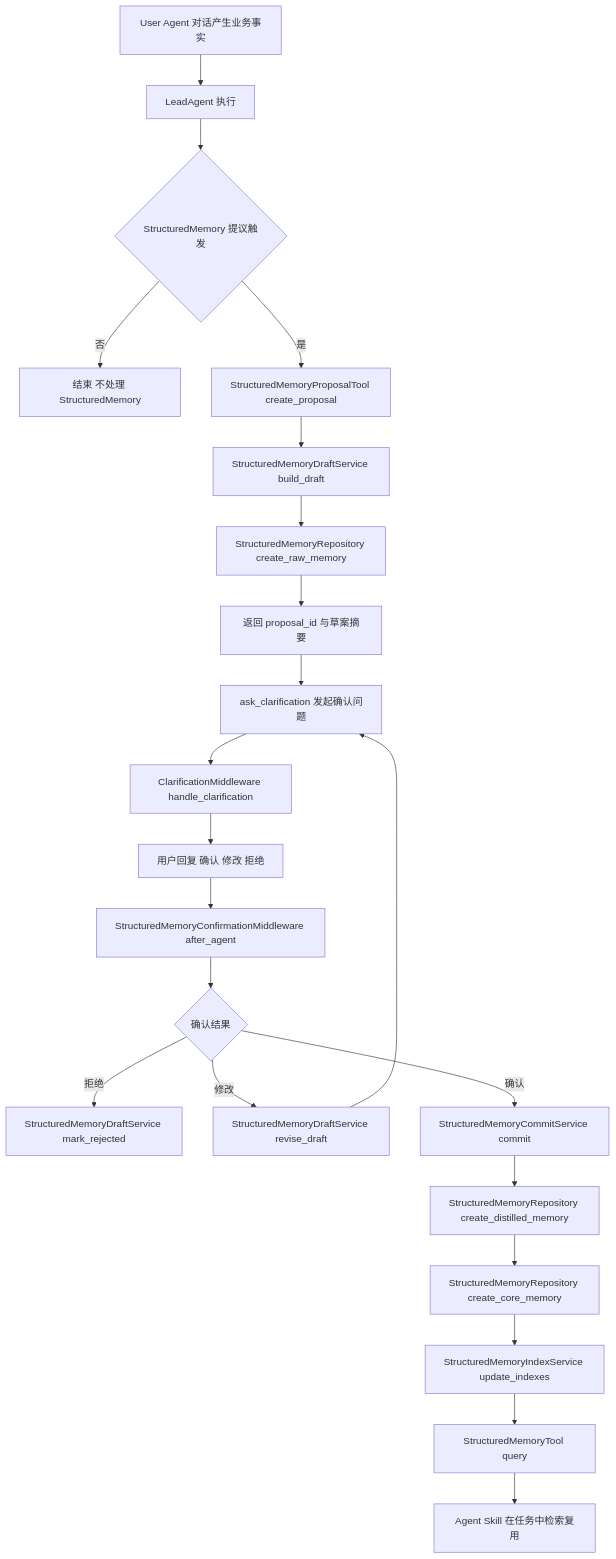
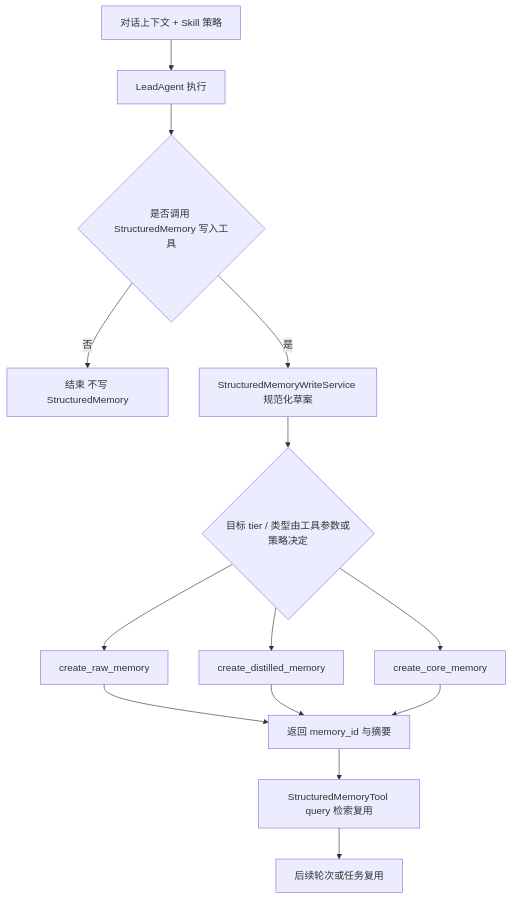
The diagram in docs/plans/2026-04-10-structured-memory-mvp-plan.md (emperzz/data-copilot), drawn with Mermaid before and after one commit. The commit also changed other lines of this file, not shown here.

First line of the commit message:
docs(plans): defer StructuredMemory approval; agent-driven write first

````diff
--- a/docs/plans/2026-04-10-structured-memory-mvp-plan.md
+++ b/docs/plans/2026-04-10-structured-memory-mvp-plan.md
@@ -60,24 +63,16 @@
 ```mermaid
 flowchart TD
-    A["User Agent 对话产生业务事实"] --> B["LeadAgent 执行"]
-    B --> C{"StructuredMemory 提议触发"}
-    C -- 否 --> Z["结束 不处理 StructuredMemory"]
-    C -- 是 --> D["StructuredMemoryProposalTool create_proposal"]
-    D --> E["StructuredMemoryDraftService build_draft"]
-    E --> F["StructuredMemoryRepository create_raw_memory"]
-    F --> G["返回 proposal_id 与草案摘要"]
-    G --> H["ask_clarification 发起确认问题"]
-    H --> I["ClarificationMiddleware handle_clarification"]
-    I --> J["用户回复 确认 修改 拒绝"]
-    J --> K["StructuredMemoryConfirmationMiddleware after_agent"]
-    K --> L{"确认结果"}
-    L -- 拒绝 --> M["StructuredMemoryDraftService mark_rejected"]
-    L -- 修改 --> N["StructuredMemoryDraftService revise_draft"]
-    N --> H
-    L -- 确认 --> O["StructuredMemoryCommitService commit"]
-    O --> P["StructuredMemoryRepository create_distilled_memory"]
-    P --> Q["StructuredMemoryRepository create_core_memory"]
-    Q --> R["StructuredMemoryIndexService update_indexes"]
-    R --> S["StructuredMemoryTool query"]
-    S --> T["Agent Skill 在任务中检索复用"]
+    A["对话上下文 + Skill 策略"] --> B["LeadAgent 执行"]
+    B --> C{"是否调用 StructuredMemory 写入工具"}
+    C -- 否 --> Z["结束 不写 StructuredMemory"]
+    C -- 是 --> D["StructuredMemoryWriteService 规范化草案"]
+    D --> E{"目标 tier / 类型由工具参数或策略决定"}
+    E --> F1["create_raw_memory"]
+    E --> F2["create_distilled_memory"]
+    E --> F3["create_core_memory"]
+    F1 --> G["返回 memory_id 与摘要"]
+    F2 --> G
+    F3 --> G
+    G --> H["StructuredMemoryTool query 检索复用"]
+    H --> I["后续轮次或任务复用"]
 ```
````
